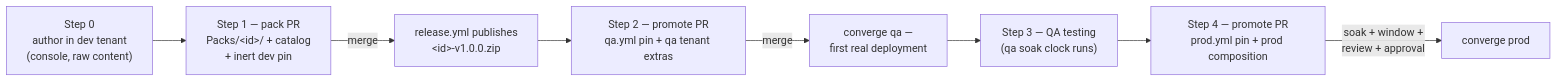
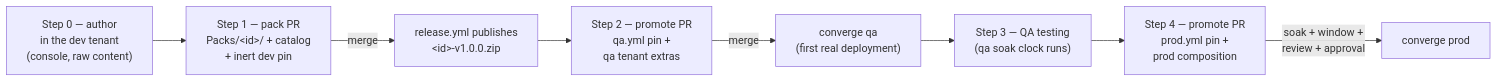
The diagram in docs/custom-pack-lifecycle.md (Palo-Cortex/xsiam-mssp-fleet-core-template), drawn with Mermaid before and after one commit. The commit also changed 1 other file, not shown here.

Commit message:
Fix mermaid diagrams in the lifecycle docs
Consistent step-box labels and wrapping in the custom-pack flow, and the
customer-pack diagram's shared-tenants node moved outside both repo
subgraphs — mermaid places a node in the subgraph that mentions it
first, so it rendered inside the fleet box.

````diff
--- a/docs/custom-pack-lifecycle.md
+++ b/docs/custom-pack-lifecycle.md
@@ -15,10 +15,10 @@
 ```mermaid
 flowchart LR
-    A["Step 0<br/>author in dev tenant<br/>(console, raw content)"] --> B["Step 1 — pack PR<br/>Packs/&lt;id&gt;/ + catalog<br/>+ inert dev pin"]
+    A["Step 0 — author<br/>in the dev tenant<br/>(console, raw content)"] --> B["Step 1 — pack PR<br/>Packs/&lt;id&gt;/ + catalog<br/>+ inert dev pin"]
     B -->|merge| R["release.yml publishes<br/>&lt;id&gt;-v1.0.0.zip"]
-    R --> C["Step 2 — promote PR<br/>qa.yml pin + qa tenant extras"]
-    C -->|merge| Q["converge qa —<br/>first real deployment"]
+    R --> C["Step 2 — promote PR<br/>qa.yml pin +<br/>qa tenant extras"]
+    C -->|merge| Q["converge qa<br/>(first real deployment)"]
     Q --> D["Step 3 — QA testing<br/>(qa soak clock runs)"]
-    D --> E["Step 4 — promote PR<br/>prod.yml pin + prod composition"]
+    D --> E["Step 4 — promote PR<br/>prod.yml pin +<br/>prod composition"]
     E -->|"soak + window +<br/>review + approval"| P["converge prod"]
 ```
````
